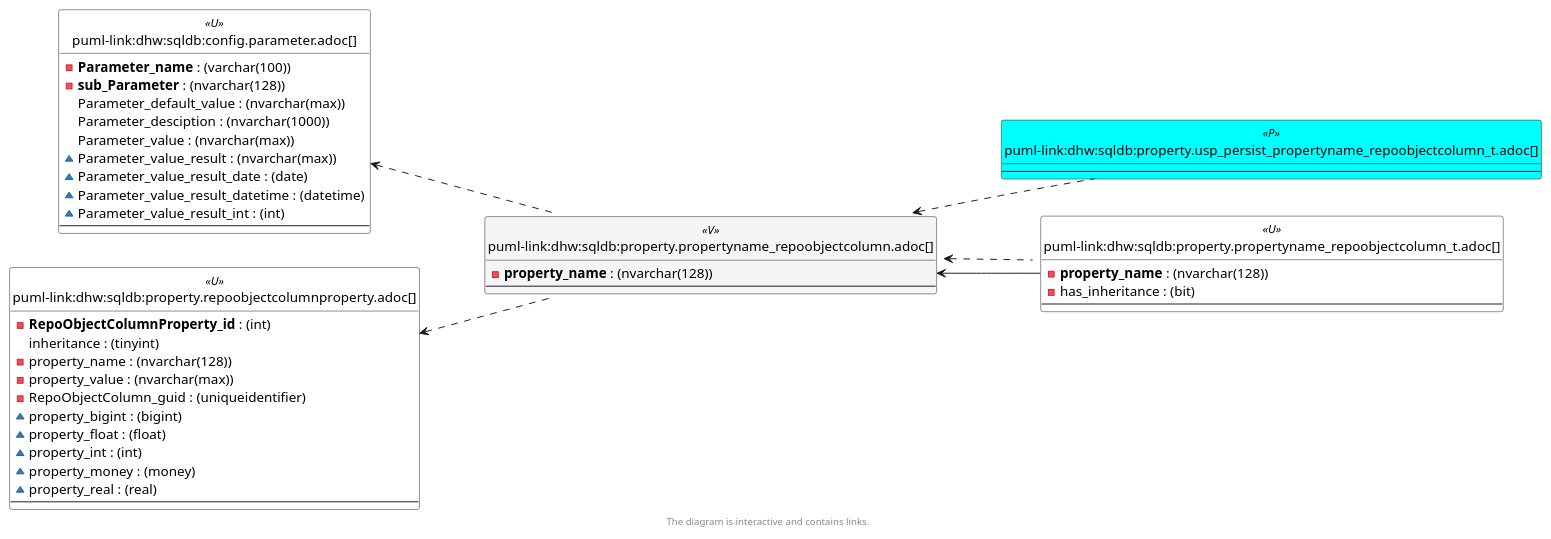
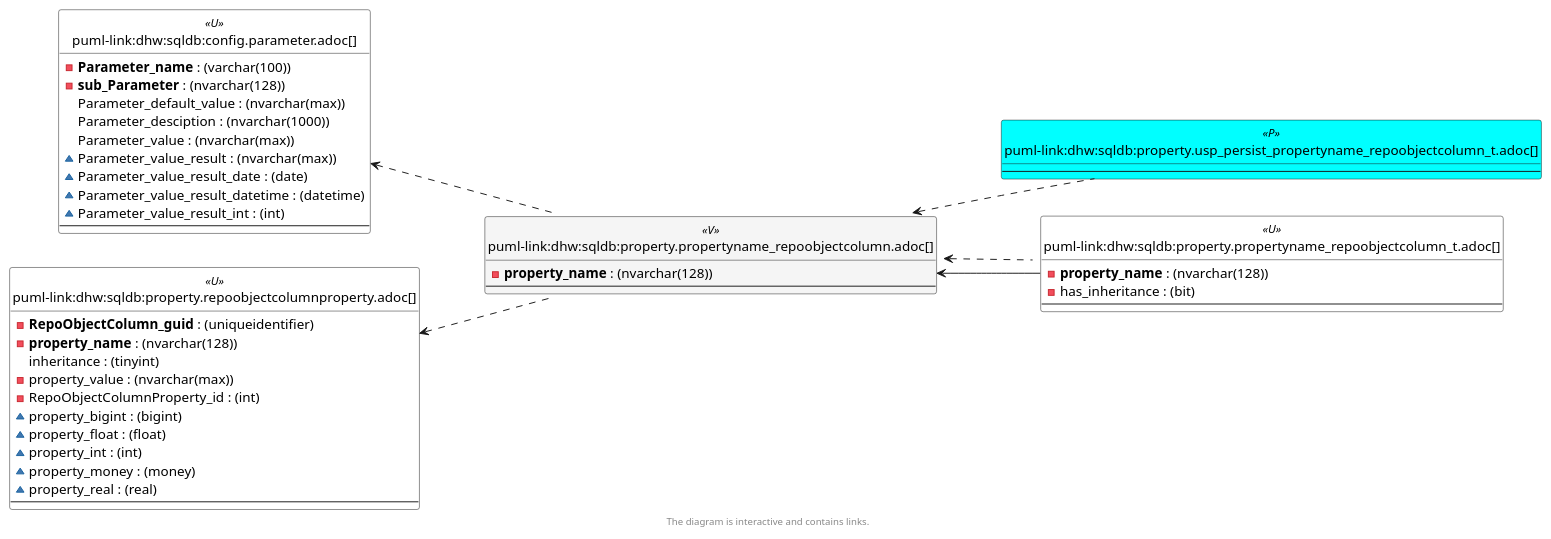
One commit to DataHandwerk/dhw-antora-sqldb changed the sixth of 6 diagrams in docs/modules/sqldb/partials/content/property.propertyname_repoobjectcolumn.adoc. Above: the diagram before and after it, drawn with PlantUML. The commit also changed other lines of this file and 751 other files, not shown here.

```diff
--- a/docs/modules/sqldb/partials/content/property.propertyname_repoobjectcolumn.adoc
+++ b/docs/modules/sqldb/partials/content/property.propertyname_repoobjectcolumn.adoc
@@ -1169,82 +1172,82 @@
 [plantuml, entity_1_1_colref-{docname}, svg, subs=macros]
 ....
 @startuml
 left to right direction
 'top to bottom direction
 hide circle
 'avoide "." issues:
 set namespaceSeparator none
 
 
 skinparam class {
   BackgroundColor White
   BackgroundColor<<FN>> Yellow
   BackgroundColor<<FS>> Yellow
   BackgroundColor<<FT>> LightGray
   BackgroundColor<<IF>> Yellow
   BackgroundColor<<IS>> Yellow
   BackgroundColor<<P>>  Aqua
   BackgroundColor<<PC>> Aqua
   BackgroundColor<<SN>> Yellow
   BackgroundColor<<SO>> SlateBlue
   BackgroundColor<<TF>> LightGray
   BackgroundColor<<TR>> Tomato
   BackgroundColor<<U>>  White
   BackgroundColor<<V>>  WhiteSmoke
   BackgroundColor<<X>>  Aqua
   BackgroundColor<<external>> AliceBlue
 }
 
 
 entity "puml-link:dhw:sqldb:config.parameter.adoc[]" as config.Parameter << U >> {
   - **Parameter_name** : (varchar(100))
   - **sub_Parameter** : (nvarchar(128))
   Parameter_default_value : (nvarchar(max))
   Parameter_desciption : (nvarchar(1000))
   Parameter_value : (nvarchar(max))
   ~ Parameter_value_result : (nvarchar(max))
   ~ Parameter_value_result_date : (date)
   ~ Parameter_value_result_datetime : (datetime)
   ~ Parameter_value_result_int : (int)
   --
 }
 
 entity "puml-link:dhw:sqldb:property.propertyname_repoobjectcolumn.adoc[]" as property.PropertyName_RepoObjectColumn << V >> {
   - **property_name** : (nvarchar(128))
   --
 }
 
 entity "puml-link:dhw:sqldb:property.propertyname_repoobjectcolumn_t.adoc[]" as property.PropertyName_RepoObjectColumn_T << U >> {
   - **property_name** : (nvarchar(128))
   - has_inheritance : (bit)
   --
 }
 
 entity "puml-link:dhw:sqldb:property.repoobjectcolumnproperty.adoc[]" as property.RepoObjectColumnProperty << U >> {
-  - **RepoObjectColumnProperty_id** : (int)
+  - **RepoObjectColumn_guid** : (uniqueidentifier)
+  - **property_name** : (nvarchar(128))
   inheritance : (tinyint)
-  - property_name : (nvarchar(128))
   - property_value : (nvarchar(max))
-  - RepoObjectColumn_guid : (uniqueidentifier)
+  - RepoObjectColumnProperty_id : (int)
   ~ property_bigint : (bigint)
   ~ property_float : (float)
   ~ property_int : (int)
   ~ property_money : (money)
   ~ property_real : (real)
   --
 }
 
 entity "puml-link:dhw:sqldb:property.usp_persist_propertyname_repoobjectcolumn_t.adoc[]" as property.usp_PERSIST_PropertyName_RepoObjectColumn_T << P >> {
   --
 }
 
 config.Parameter <.. property.PropertyName_RepoObjectColumn
 property.PropertyName_RepoObjectColumn <.. property.PropertyName_RepoObjectColumn_T
 property.PropertyName_RepoObjectColumn <.. property.usp_PERSIST_PropertyName_RepoObjectColumn_T
 property.RepoObjectColumnProperty <.. property.PropertyName_RepoObjectColumn
 "property.PropertyName_RepoObjectColumn::property_name" <-- "property.PropertyName_RepoObjectColumn_T::property_name"
 
 footer The diagram is interactive and contains links.
 
 @enduml
 ....
```
